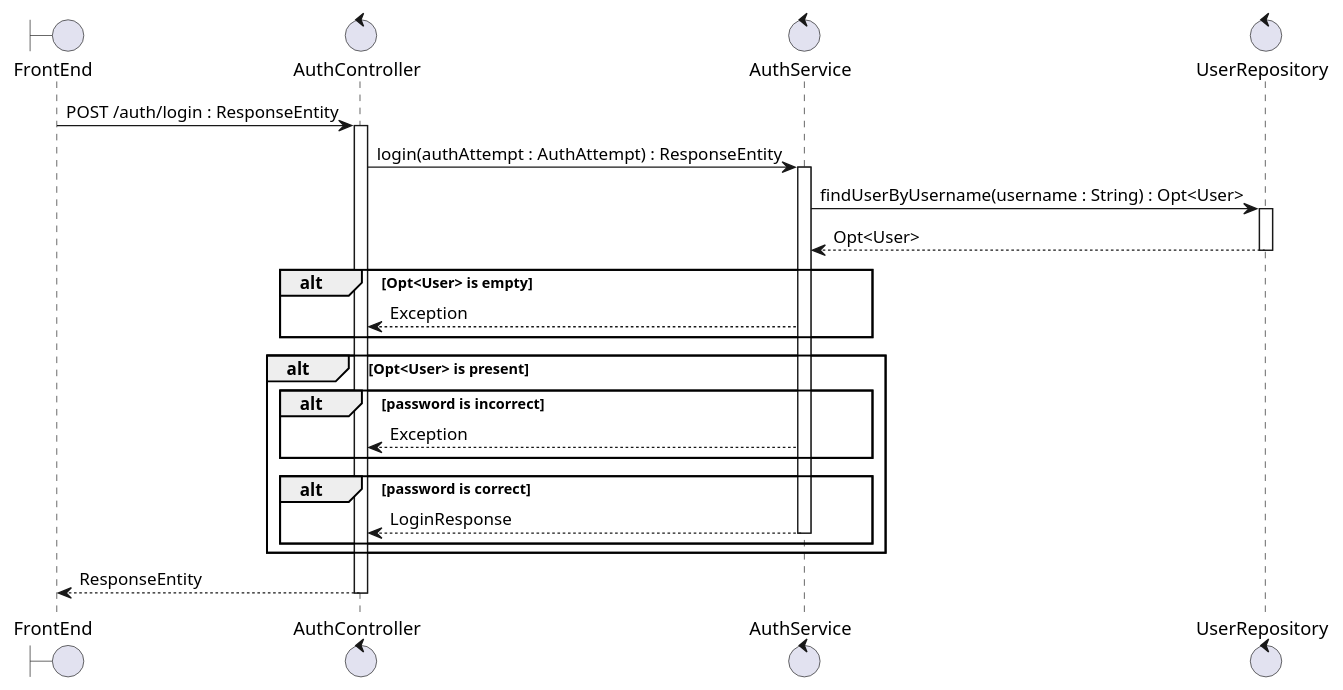
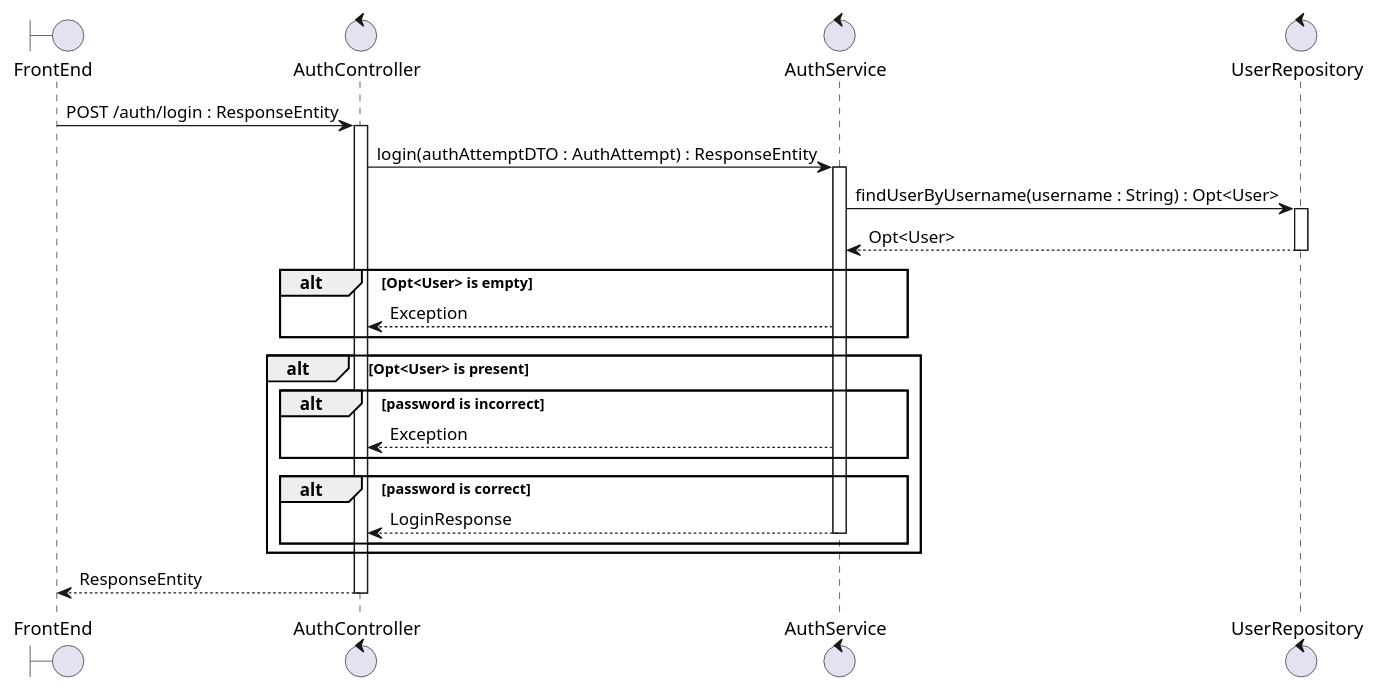
The second of 2 diagrams in docs/sequenceDiagram.md (MoermansJ/eindwerk_backEnd), drawn with PlantUML before and after one commit. The commit also changed other lines of this file and 11 other files, not shown here.

````diff
--- a/docs/sequenceDiagram.md
+++ b/docs/sequenceDiagram.md
@@ -47,40 +47,40 @@
 ```plantuml
 @startuml
 Boundary FrontEnd as frontend
 Control AuthController as authcontroller
 Control AuthService as authservice
 Control UserRepository as userrepository
 
 frontend -> authcontroller : POST /auth/login : ResponseEntity
 activate authcontroller
 
-authcontroller -> authservice : login(authAttempt : AuthAttempt) : ResponseEntity
+authcontroller -> authservice : login(authAttemptDTO : AuthAttempt) : ResponseEntity
 activate authservice
 
 
 authservice -> userrepository : findUserByUsername(username : String) : Opt<User>
 activate userrepository
 
 userrepository --> authservice : Opt<User>
 deactivate userrepository
 
 alt Opt<User> is empty
 authservice --> authcontroller : Exception
 end
 
 alt Opt<User> is present
 	alt	password is incorrect
 	authservice --> authcontroller : Exception
 	end
 
 	alt password is correct
 	authservice --> authcontroller : LoginResponse
 	deactivate authservice
 	end
 end
 
 authcontroller --> frontend : ResponseEntity
 deactivate authcontroller
 
 @enduml
 ```
````
